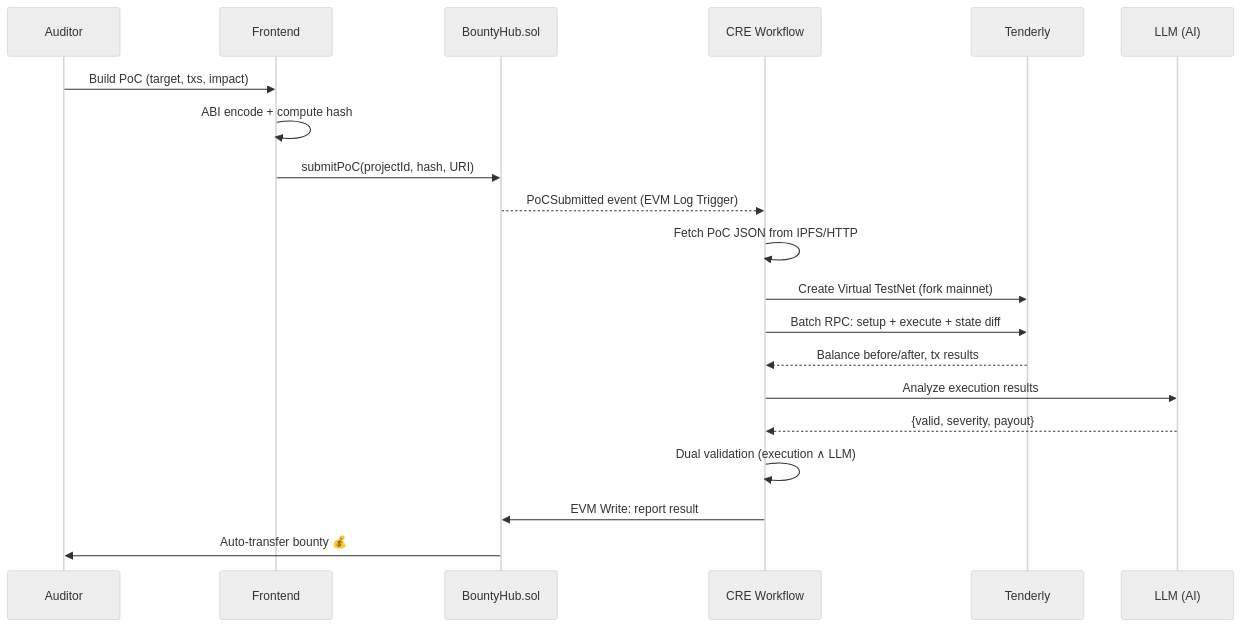
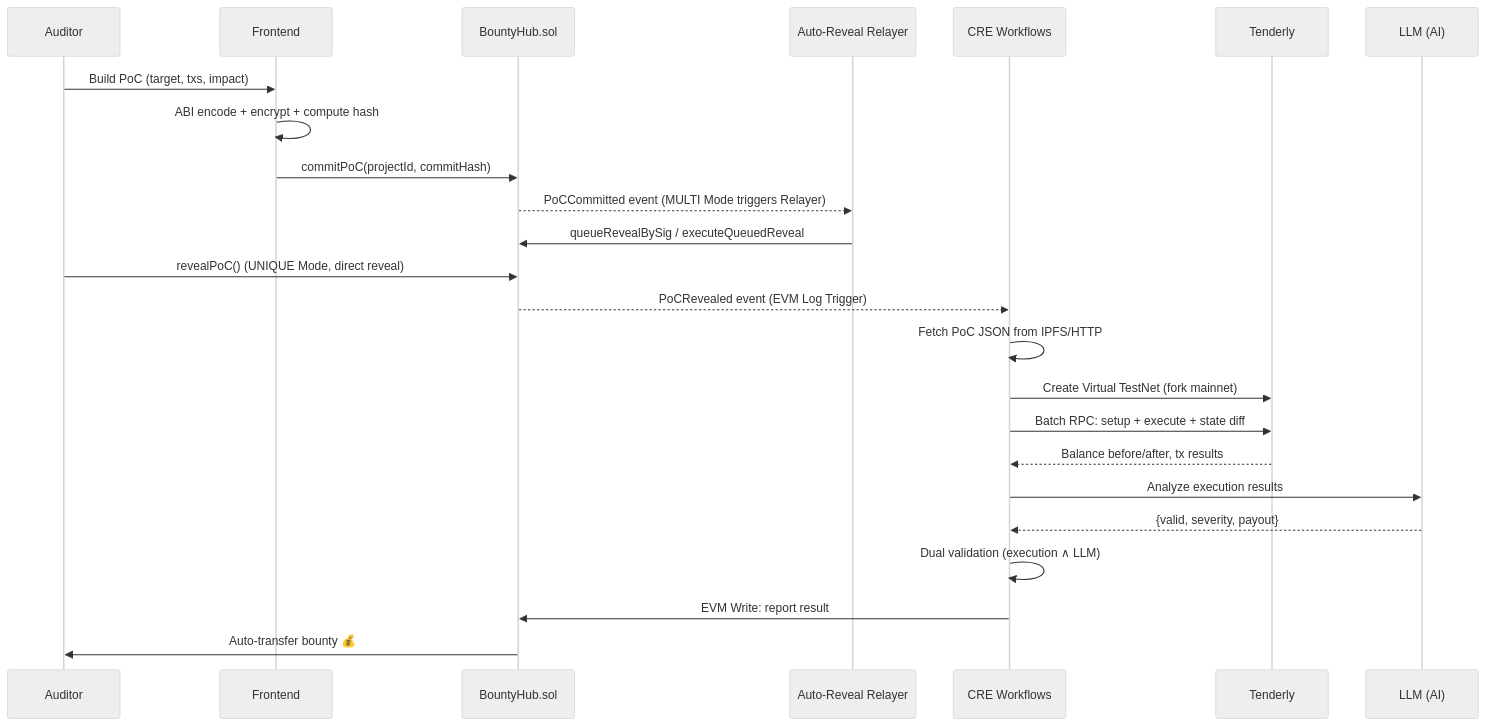
Before and after one commit to LSHFGJ/anti-soon: the diagram in README.md, drawn with Mermaid (neutral theme). The commit also changed other lines of this file, not shown here.

First line of the commit message:
docs(readme): align lifecycle and workflow instructions

````diff
--- a/README.md
+++ b/README.md
@@ -42,23 +44,27 @@
 ```mermaid
 sequenceDiagram
     participant A as Auditor
     participant F as Frontend
     participant B as BountyHub.sol
-    participant C as CRE Workflow
+    participant R as Auto-Reveal Relayer
+    participant C as CRE Workflows
     participant T as Tenderly
     participant L as LLM (AI)
 
     A->>F: Build PoC (target, txs, impact)
-    F->>F: ABI encode + compute hash
-    F->>B: submitPoC(projectId, hash, URI)
-    B-->>C: PoCSubmitted event (EVM Log Trigger)
+    F->>F: ABI encode + encrypt + compute hash
+    F->>B: commitPoC(projectId, commitHash)
+    B-->>R: PoCCommitted event (MULTI Mode triggers Relayer)
+    R->>B: queueRevealBySig / executeQueuedReveal
+    A->>B: revealPoC() (UNIQUE Mode, direct reveal)
+    B-->>C: PoCRevealed event (EVM Log Trigger)
     C->>C: Fetch PoC JSON from IPFS/HTTP
     C->>T: Create Virtual TestNet (fork mainnet)
     C->>T: Batch RPC: setup + execute + state diff
     T-->>C: Balance before/after, tx results
     C->>L: Analyze execution results
     L-->>C: {valid, severity, payout}
     C->>C: Dual validation (execution ∧ LLM)
     C->>B: EVM Write: report result
     B->>A: Auto-transfer bounty 💰
 ```
````
